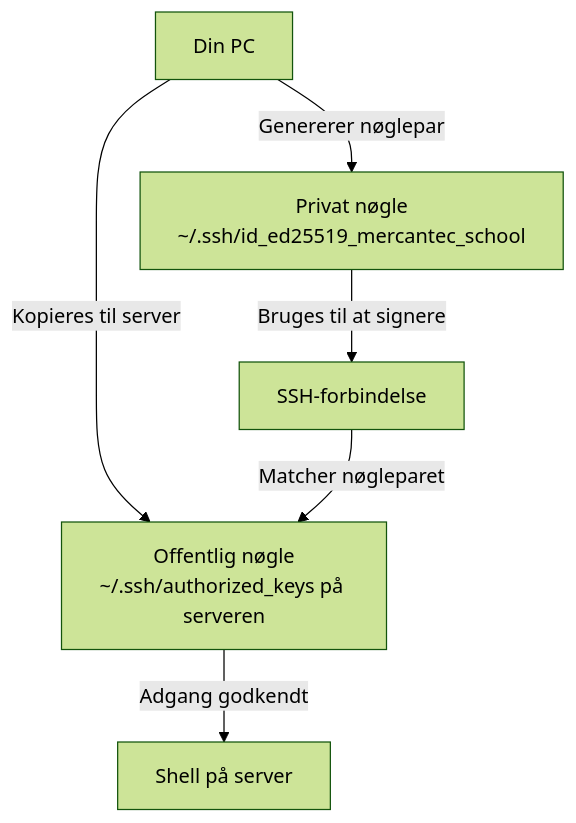
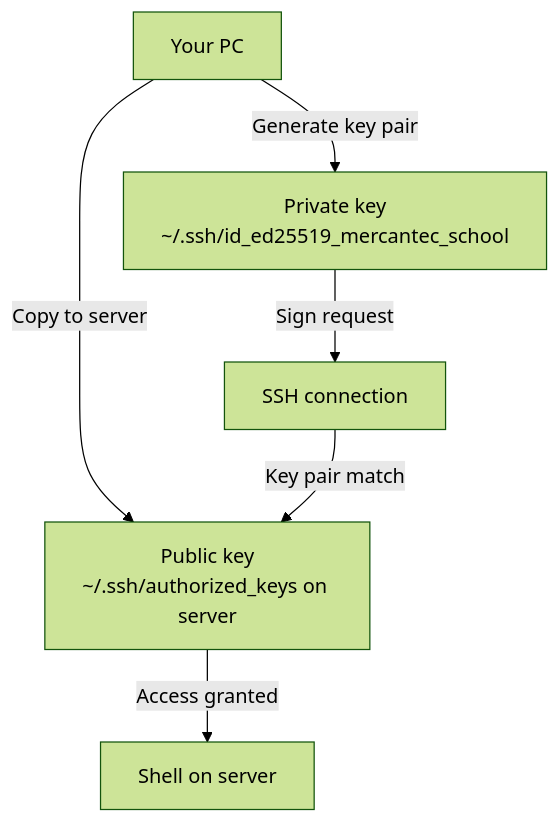
The third of 20 diagrams in docs/notes/day1-ssh.md (Mercantec-GHC/deploy-or-die-anbo0005), drawn with Mermaid (forest theme) before and after one commit. The commit also changed other lines of this file and 8 other files, not shown here.

````diff
--- a/docs/notes/day1-ssh.md
+++ b/docs/notes/day1-ssh.md
@@ -265,8 +265,8 @@
 ```mermaid
 flowchart TD
-    A[Din PC] -->|Genererer nøglepar| B[Privat nøgle<br>~/.ssh/id_ed25519_mercantec_school]
-    A -->|Kopieres til server| C[Offentlig nøgle<br>~/.ssh/authorized_keys på serveren]
-    D[SSH-forbindelse] -->|Matcher nøgleparet| C
-    B -->|Bruges til at signere| D
-    C -->|Adgang godkendt| E[Shell på server]
+    A[Your PC] -->|Generate key pair| B[Private key<br>~/.ssh/id_ed25519_mercantec_school]
+    A -->|Copy to server| C[Public key<br>~/.ssh/authorized_keys on server]
+    D[SSH connection] -->|Key pair match| C
+    B -->|Sign request| D
+    C -->|Access granted| E[Shell on server]
 ```
````
